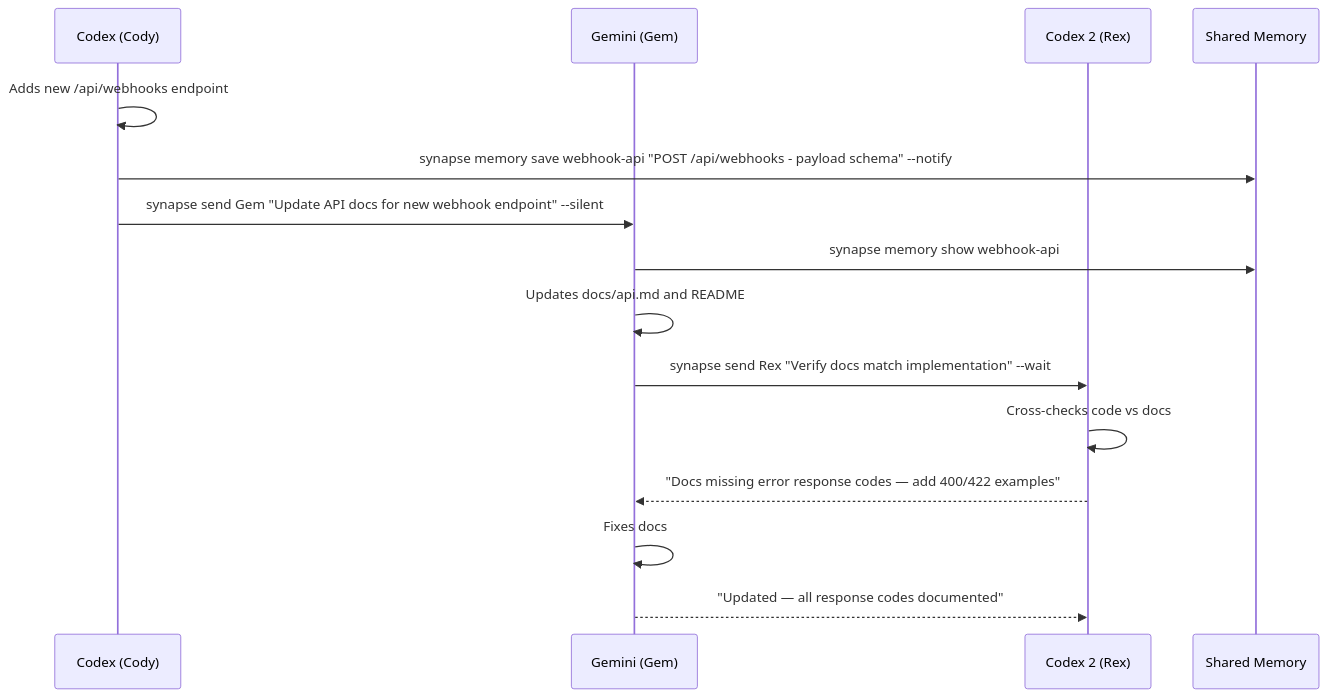
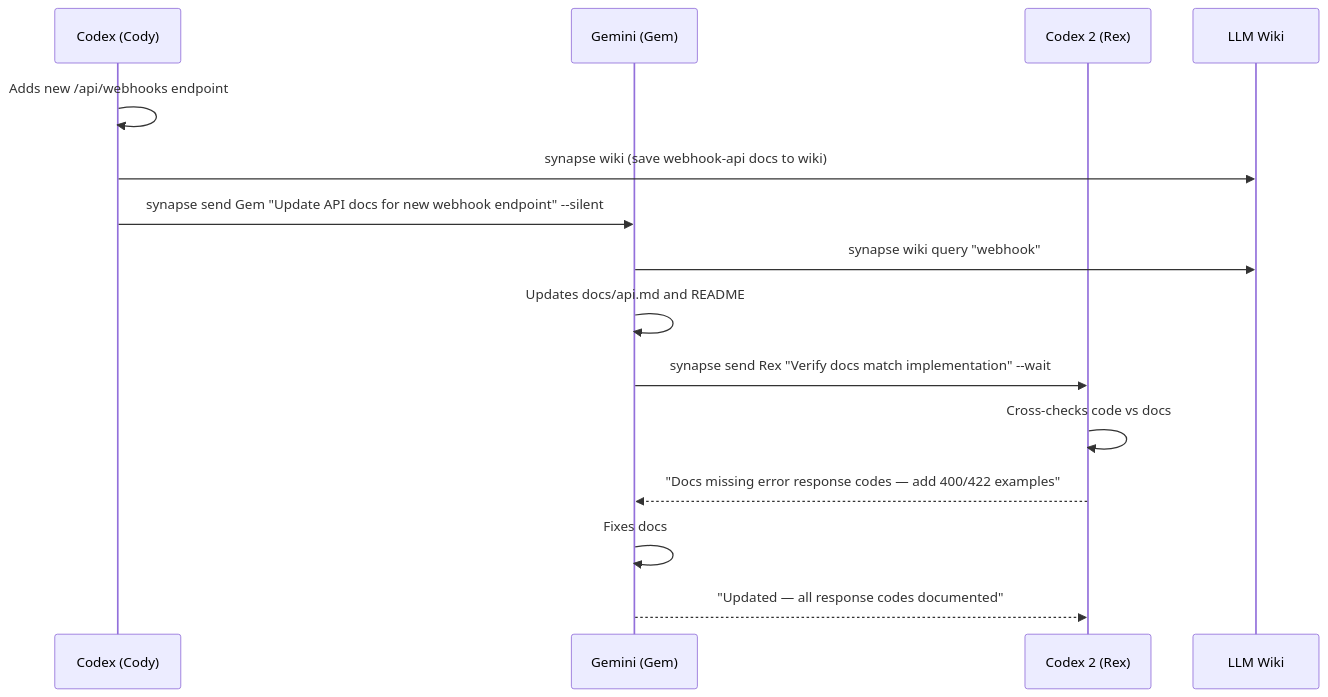
The fifth of 9 diagrams in site-docs/guide/cross-agent-scenarios.md (s-hiraoku/synapse-a2a), drawn with Mermaid before and after one commit. The commit also changed other lines of this file and 54 other files, not shown here.

````diff
--- a/site-docs/guide/cross-agent-scenarios.md
+++ b/site-docs/guide/cross-agent-scenarios.md
@@ -325,18 +332,18 @@
 ```mermaid
 sequenceDiagram
     participant Codex as Codex (Cody)
     participant Gemini as Gemini (Gem)
     participant Rex as Codex 2 (Rex)
-    participant SM as Shared Memory
+    participant W as LLM Wiki
 
     Codex->>Codex: Adds new /api/webhooks endpoint
-    Codex->>SM: synapse memory save webhook-api "POST /api/webhooks - payload schema" --notify
+    Codex->>W: synapse wiki (save webhook-api docs to wiki)
     Codex->>Gemini: synapse send Gem "Update API docs for new webhook endpoint" --silent
-    Gemini->>SM: synapse memory show webhook-api
+    Gemini->>W: synapse wiki query "webhook"
     Gemini->>Gemini: Updates docs/api.md and README
     Gemini->>Rex: synapse send Rex "Verify docs match implementation" --wait
     Rex->>Rex: Cross-checks code vs docs
     Rex-->>Gemini: "Docs missing error response codes — add 400/422 examples"
     Gemini->>Gemini: Fixes docs
     Gemini-->>Rex: "Updated — all response codes documented"
 ```
````
